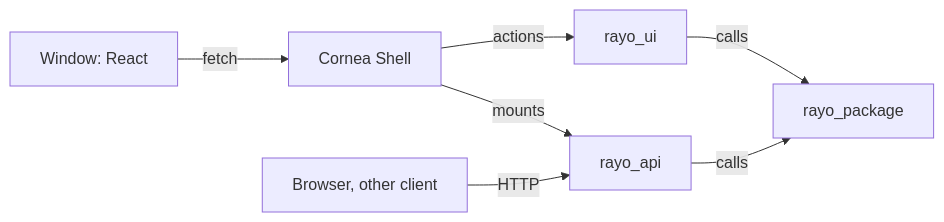
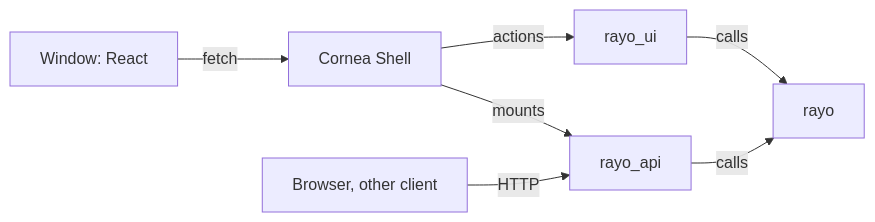
The third of 3 diagrams in docs/architecture.md (coldsofttech/Rayo), drawn with Mermaid before and after one commit. The commit also changed other lines of this file and 35 other files, not shown here.

````diff
--- a/docs/architecture.md
+++ b/docs/architecture.md
@@ -62,9 +62,9 @@
 ```mermaid
 flowchart LR
     W[Window: React] -->|fetch| S[Cornea Shell]
     S -->|mounts| A[rayo_api]
     S -->|actions| U[rayo_ui]
     B[Browser, other client] -->|HTTP| A
-    A -->|calls| L[rayo_package]
+    A -->|calls| L[rayo]
     U -->|calls| L
 ```
````
